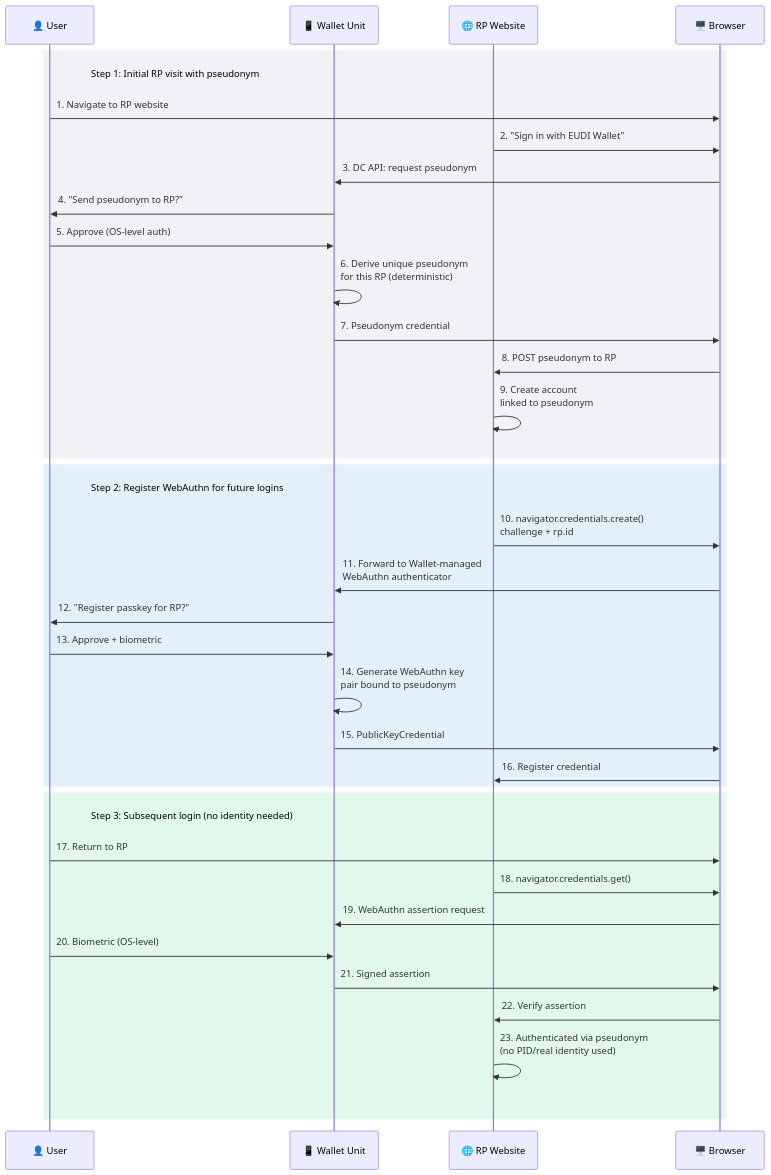
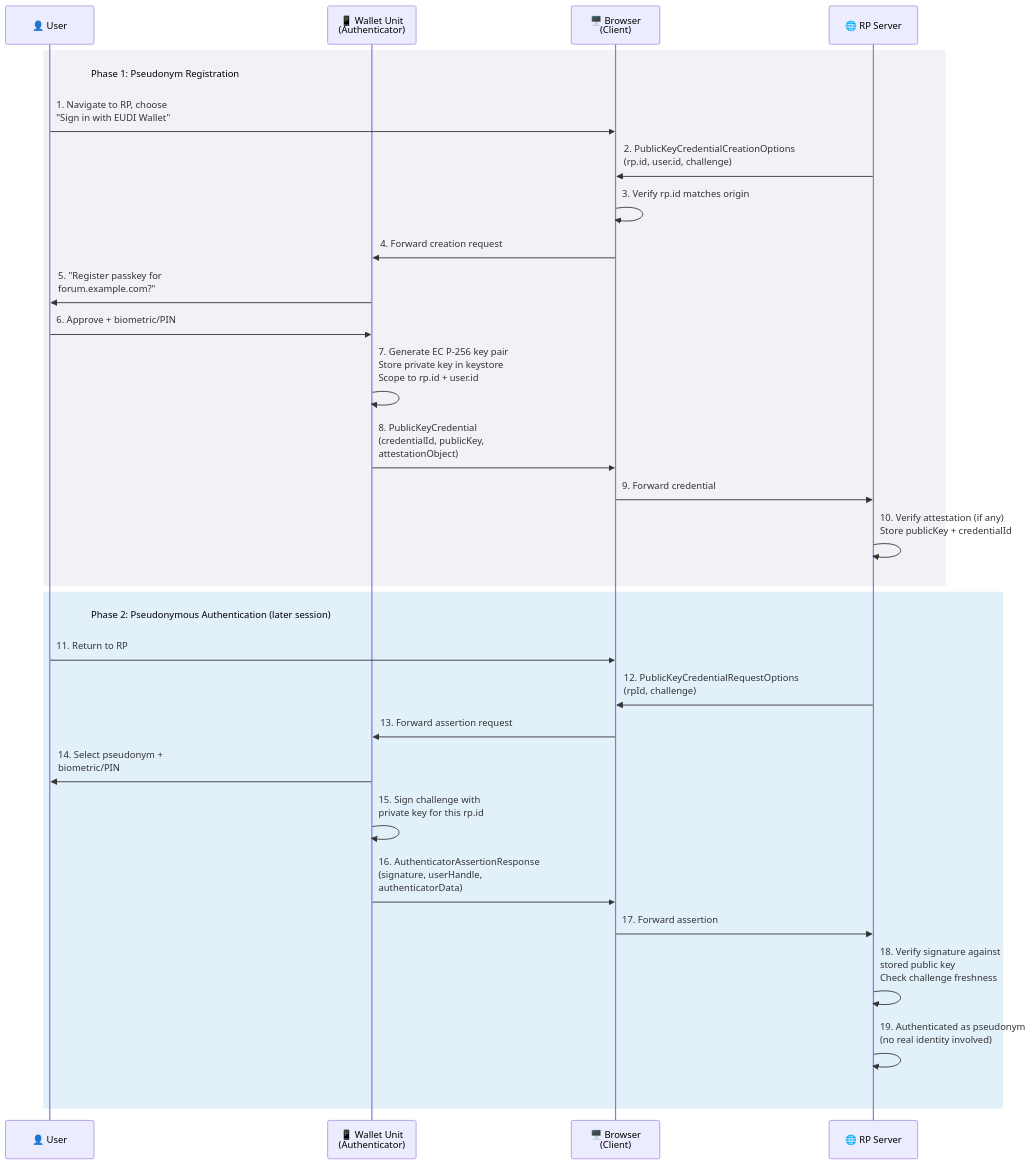
Diagram 17 of 23 in papers/DR-0002/DR-0002-eudi-wallet-relying-party-integration.md (ivanstambuk/deep-research), drawn with Mermaid before and after one commit. The commit also changed other lines of this file, not shown here.

````diff
--- a/papers/DR-0002/DR-0002-eudi-wallet-relying-party-integration.md
+++ b/papers/DR-0002/DR-0002-eudi-wallet-relying-party-integration.md
@@ -3065,53 +3289,45 @@
 ```mermaid
 ---
 config:
   themeVariables:
     noteBkgColor: "transparent"
     noteBorderColor: "transparent"
   sequence:
     messageAlign: left
     noteAlign: left
     actorMargin: 120
 ---
 sequenceDiagram
     participant User as 👤 User
-    participant WU as 📱 Wallet Unit
-    participant RP as 🌐 RP Website
-    participant Browser as 🖥️ Browser
+    participant WU as 📱 Wallet Unit<br/>(Authenticator)
+    participant Browser as 🖥️ Browser<br/>(Client)
+    participant RP as 🌐 RP Server
 
     rect rgba(148, 163, 184, 0.14)
-    Note right of User: Step 1: Initial RP visit with pseudonym
-    User->>Browser: 1. Navigate to RP website
-    RP->>Browser: 2. "Sign in with EUDI Wallet"
-    Browser->>WU: 3. DC API: request pseudonym
-    WU->>User: 4. "Send pseudonym to RP?"
-    User->>WU: 5. Approve (OS-level auth)
-    WU->>WU: 6. Derive unique pseudonym<br/>for this RP (deterministic)
-    WU->>Browser: 7. Pseudonym credential
-    Browser->>RP: 8. POST pseudonym to RP
-    RP->>RP: 9. Create account<br/>linked to pseudonym
+    Note right of User: Phase 1: Pseudonym Registration
+    User->>Browser: 1. Navigate to RP, choose<br/>"Sign in with EUDI Wallet"
+    RP->>Browser: 2. PublicKeyCredentialCreationOptions<br/>(rp.id, user.id, challenge)
+    Browser->>Browser: 3. Verify rp.id matches origin
+    Browser->>WU: 4. Forward creation request
+    WU->>User: 5. "Register passkey for<br/>forum.example.com?"
+    User->>WU: 6. Approve + biometric/PIN
+    WU->>WU: 7. Generate EC P-256 key pair<br/>Store private key in keystore<br/>Scope to rp.id + user.id
+    WU->>Browser: 8. PublicKeyCredential<br/>(credentialId, publicKey,<br/>attestationObject)
+    Browser->>RP: 9. Forward credential
+    RP->>RP: 10. Verify attestation (if any)<br/>Store publicKey + credentialId
     end
 
     rect rgba(52, 152, 219, 0.14)
-    Note right of User: Step 2: Register WebAuthn for future logins
-    RP->>Browser: 10. navigator.credentials.create()<br/>challenge + rp.id
-    Browser->>WU: 11. Forward to Wallet-managed<br/>WebAuthn authenticator
-    WU->>User: 12. "Register passkey for RP?"
-    User->>WU: 13. Approve + biometric
-    WU->>WU: 14. Generate WebAuthn key<br/>pair bound to pseudonym
-    WU->>Browser: 15. PublicKeyCredential
-    Browser->>RP: 16. Register credential
-    end
-
-    rect rgba(46, 204, 113, 0.14)
-    Note right of User: Step 3: Subsequent login (no identity needed)
-    User->>Browser: 17. Return to RP
-    RP->>Browser: 18. navigator.credentials.get()
-    Browser->>WU: 19. WebAuthn assertion request
-    User->>WU: 20. Biometric (OS-level)
-    WU->>Browser: 21. Signed assertion
-    Browser->>RP: 22. Verify assertion
-    RP->>RP: 23. Authenticated via pseudonym<br/>(no PID/real identity used)
+    Note right of User: Phase 2: Pseudonymous Authentication (later session)
+    User->>Browser: 11. Return to RP
+    RP->>Browser: 12. PublicKeyCredentialRequestOptions<br/>(rpId, challenge)
+    Browser->>WU: 13. Forward assertion request
+    WU->>User: 14. Select pseudonym +<br/>biometric/PIN
+    WU->>WU: 15. Sign challenge with<br/>private key for this rp.id
+    WU->>Browser: 16. AuthenticatorAssertionResponse<br/>(signature, userHandle,<br/>authenticatorData)
+    Browser->>RP: 17. Forward assertion
+    RP->>RP: 18. Verify signature against<br/>stored public key<br/>Check challenge freshness
+    RP->>RP: 19. Authenticated as pseudonym<br/>(no real identity involved)
     Note right of RP: ⠀
     end
 ```
````
